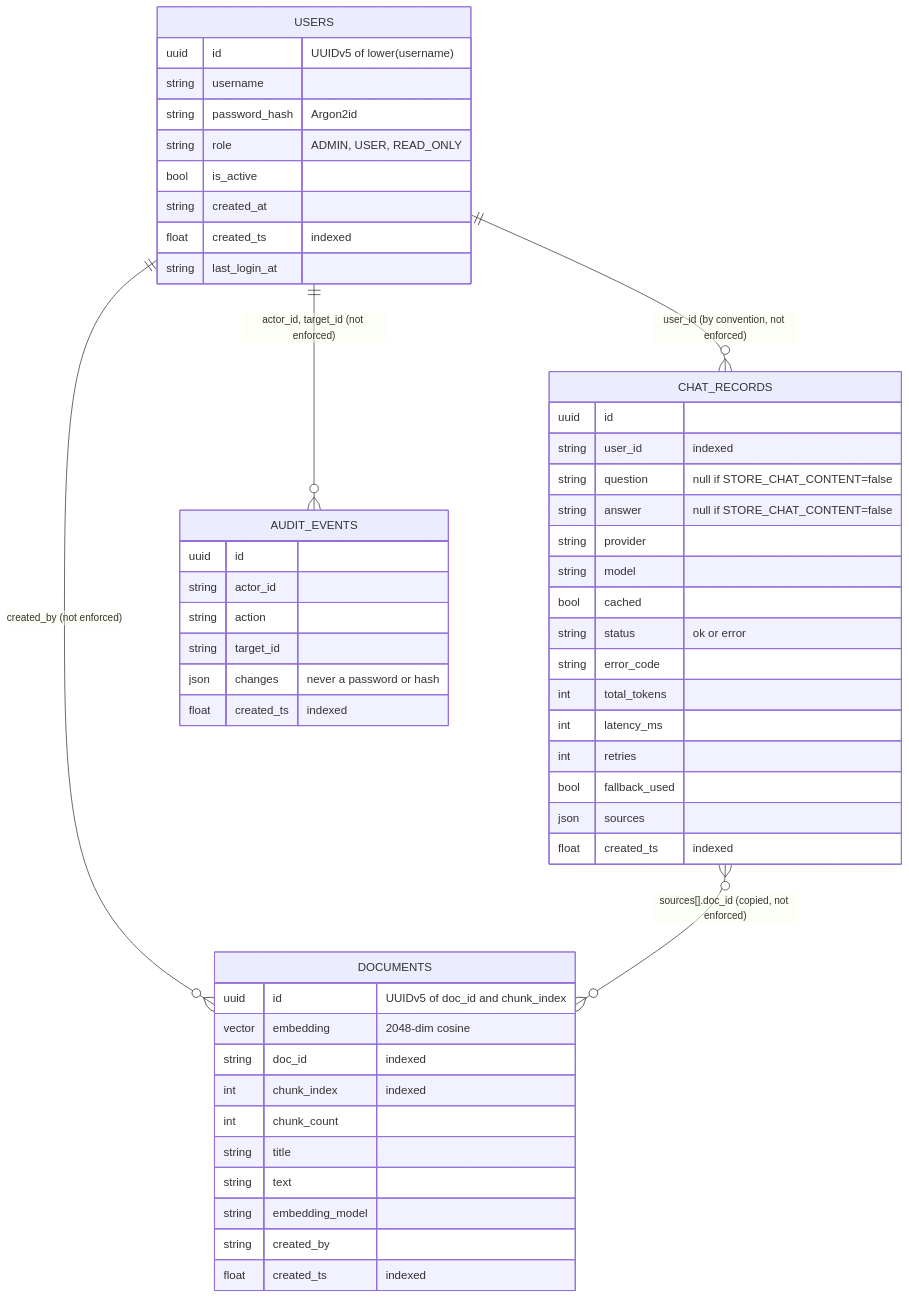
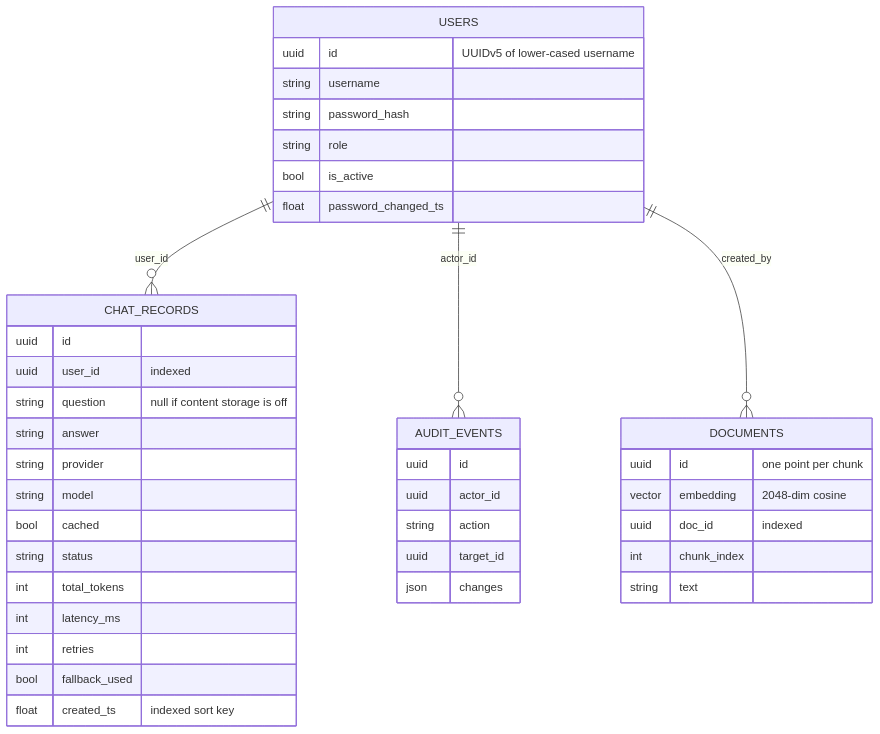
One commit to PAwan564890/AI_Question_Answer_Platform changed the third of 4 diagrams in docs/technical-report.md. Above: the diagram before and after it, drawn with Mermaid. The commit also changed other lines of this file and 13 other files, not shown here.

````diff
--- a/docs/technical-report.md
+++ b/docs/technical-report.md
@@ -529,55 +467,43 @@
 ```mermaid
 erDiagram
-    USERS ||--o{ CHAT_RECORDS : "user_id (by convention, not enforced)"
-    USERS ||--o{ AUDIT_EVENTS : "actor_id, target_id (not enforced)"
-    USERS ||--o{ DOCUMENTS : "created_by (not enforced)"
-    CHAT_RECORDS }o--o{ DOCUMENTS : "sources[].doc_id (copied, not enforced)"
-
+    USERS ||--o{ CHAT_RECORDS : user_id
+    USERS ||--o{ AUDIT_EVENTS : actor_id
+    USERS ||--o{ DOCUMENTS : created_by
     USERS {
-        uuid id "UUIDv5 of lower(username)"
+        uuid id "UUIDv5 of lower-cased username"
         string username
-        string password_hash "Argon2id"
-        string role "ADMIN, USER, READ_ONLY"
+        string password_hash
+        string role
         bool is_active
-        string created_at
-        float created_ts "indexed"
-        string last_login_at
+        float password_changed_ts
     }
     CHAT_RECORDS {
         uuid id
-        string user_id "indexed"
-        string question "null if STORE_CHAT_CONTENT=false"
-        string answer "null if STORE_CHAT_CONTENT=false"
+        uuid user_id "indexed"
+        string question "null if content storage is off"
+        string answer
         string provider
         string model
         bool cached
-        string status "ok or error"
-        string error_code
+        string status
         int total_tokens
         int latency_ms
         int retries
         bool fallback_used
-        json sources
-        float created_ts "indexed"
+        float created_ts "indexed sort key"
     }
     AUDIT_EVENTS {
         uuid id
-        string actor_id
+        uuid actor_id
         string action
-        string target_id
-        json changes "never a password or hash"
-        float created_ts "indexed"
+        uuid target_id
+        json changes
     }
     DOCUMENTS {
-        uuid id "UUIDv5 of doc_id and chunk_index"
+        uuid id "one point per chunk"
         vector embedding "2048-dim cosine"
-        string doc_id "indexed"
-        int chunk_index "indexed"
-        int chunk_count
-        string title
+        uuid doc_id "indexed"
+        int chunk_index
         string text
-        string embedding_model
-        string created_by
-        float created_ts "indexed"
     }
 ```
````
